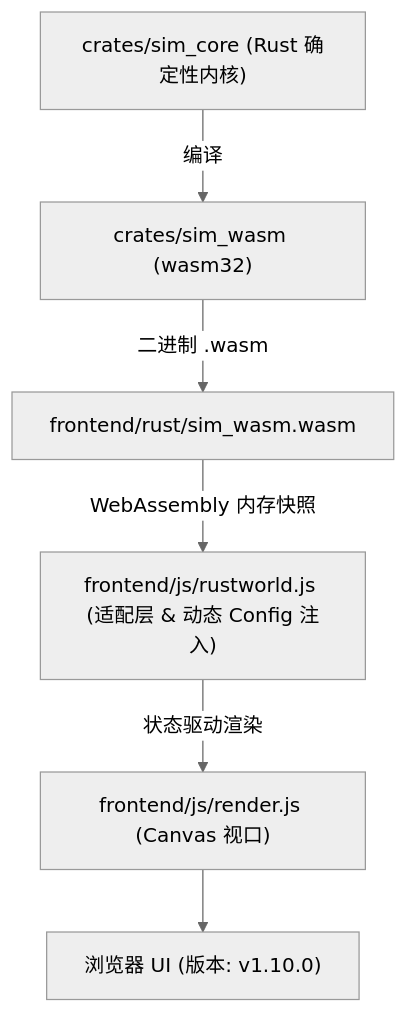
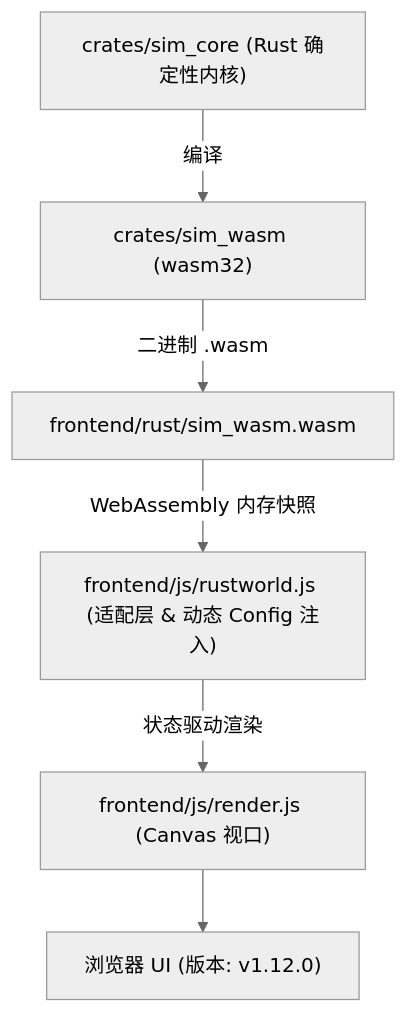
The diagram in AGENTS.md (g39088902/FlowAndAccord), drawn with Mermaid (neutral theme) before and after one commit. The commit also changed other lines of this file and 20 other files, not shown here.

````diff
--- a/AGENTS.md
+++ b/AGENTS.md
@@ -50,8 +50,8 @@
 ```mermaid
 graph TD
     A["crates/sim_core (Rust 确定性内核)"] -->|编译| B["crates/sim_wasm (wasm32)"]
     B -->|二进制 .wasm| C["frontend/rust/sim_wasm.wasm"]
     C -->|WebAssembly 内存快照| D["frontend/js/rustworld.js (适配层 & 动态 Config 注入)"]
     D -->|状态驱动渲染| E["frontend/js/render.js (Canvas 视口)"]
-    E --> F["浏览器 UI (版本: v1.10.0)"]
+    E --> F["浏览器 UI (版本: v1.12.0)"]
 ```
````
